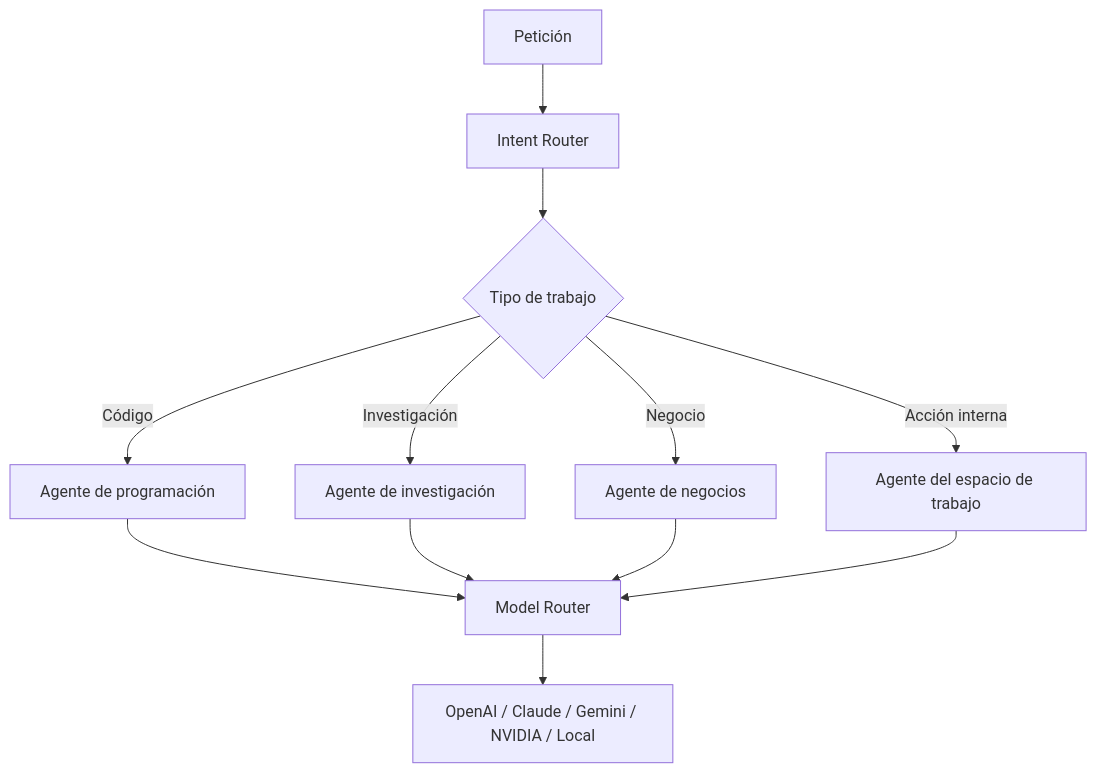
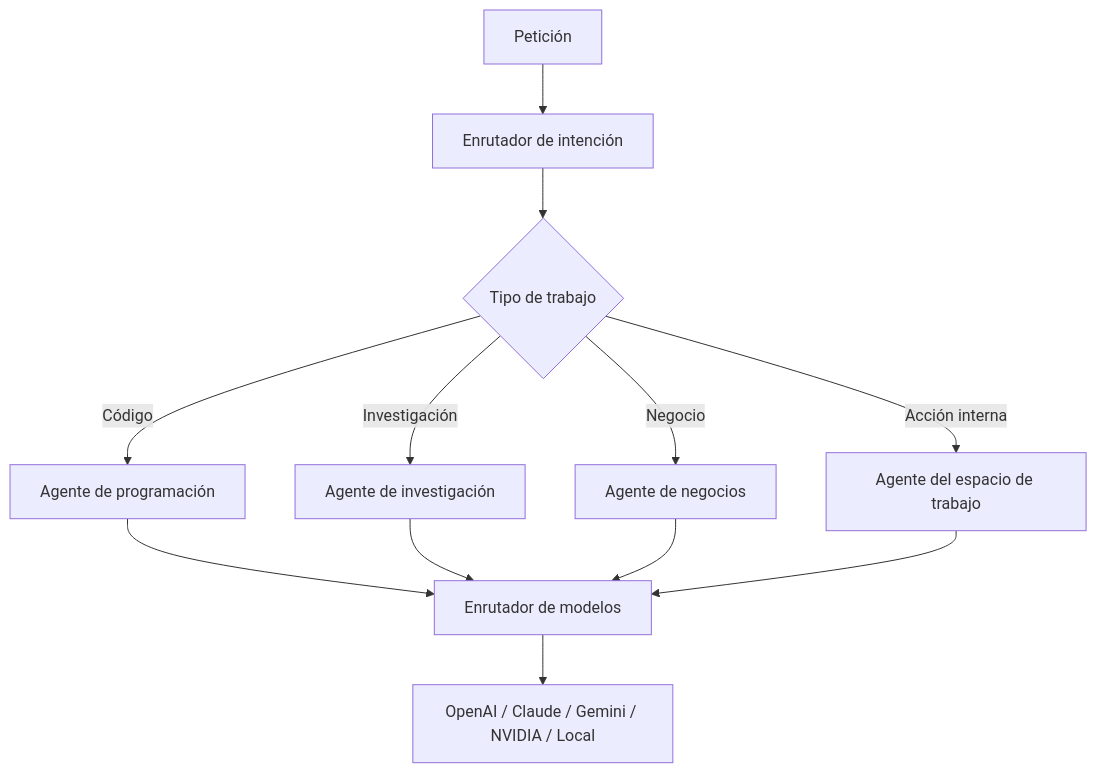
Before and after one commit to christiandejesus320-droid/Sandbox: the sixth of 10 diagrams in docs/guia-conceptual-meridian.md, drawn with Mermaid. The commit also changed other lines of this file, not shown here.

Commit message:
docs: completar traducción de los mapas de Meridian

````diff
--- a/docs/guia-conceptual-meridian.md
+++ b/docs/guia-conceptual-meridian.md
@@ -190,14 +190,14 @@
 ```mermaid
 flowchart TD
-    A["Petición"] --> B["Intent Router"]
+    A["Petición"] --> B["Enrutador de intención"]
     B --> C{"Tipo de trabajo"}
     C -->|Código| D["Agente de programación"]
     C -->|Investigación| E["Agente de investigación"]
     C -->|Negocio| F["Agente de negocios"]
     C -->|Acción interna| G["Agente del espacio de trabajo"]
-    D --> H["Model Router"]
+    D --> H["Enrutador de modelos"]
     E --> H
     F --> H
     G --> H
     H --> I["OpenAI / Claude / Gemini / NVIDIA / Local"]
 ```
````
